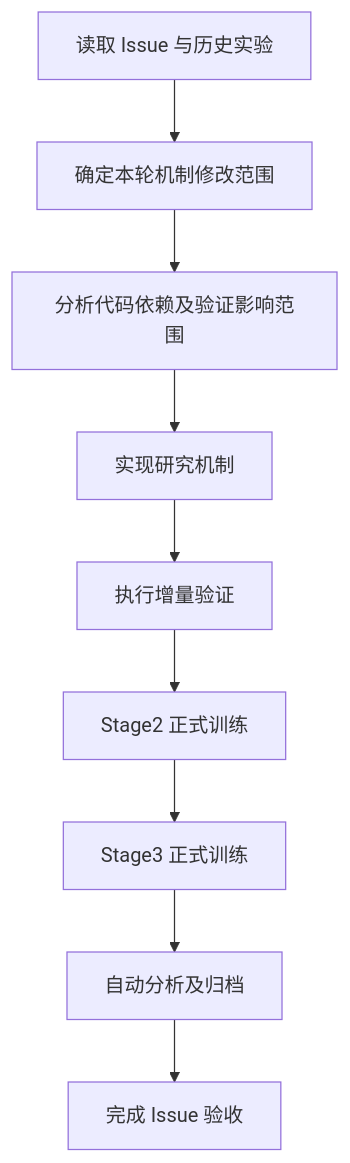
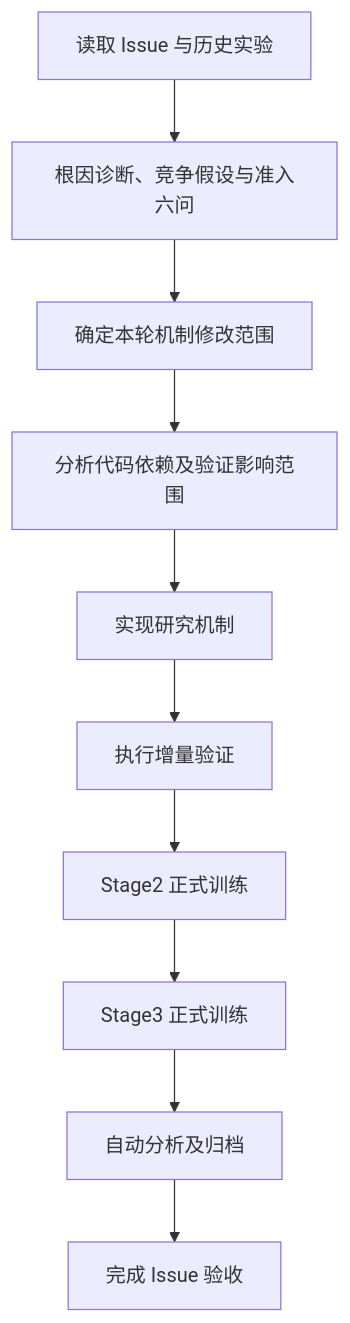
Before and after one commit to cpxjazz123/HiCurvRec: the second of 2 diagrams in .agent/skills/complete-open-issue/SKILL.md, drawn with Mermaid. The commit also changed other lines of this file, not shown here.

````diff
--- a/.agent/skills/complete-open-issue/SKILL.md
+++ b/.agent/skills/complete-open-issue/SKILL.md
@@ -58,11 +179,12 @@
 ```mermaid
 flowchart TD
-    A["读取 Issue 与历史实验"] --> B["确定本轮机制修改范围"]
+    A["读取 Issue 与历史实验"] --> A2["根因诊断、竞争假设与准入六问"]
+    A2 --> B["确定本轮机制修改范围"]
     B --> C["分析代码依赖及验证影响范围"]
     C --> D["实现研究机制"]
     D --> E["执行增量验证"]
     E --> F["Stage2 正式训练"]
     F --> G["Stage3 正式训练"]
     G --> H["自动分析及归档"]
     H --> I["完成 Issue 验收"]
 ```
````
